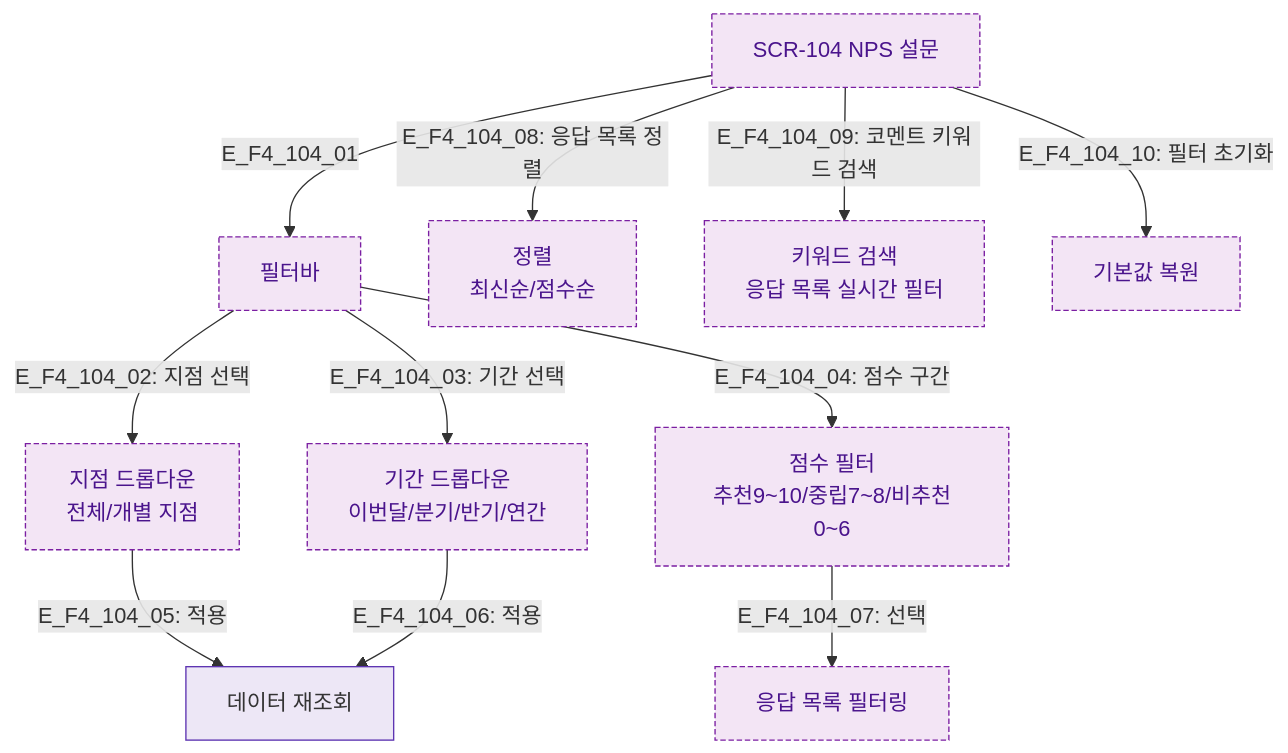
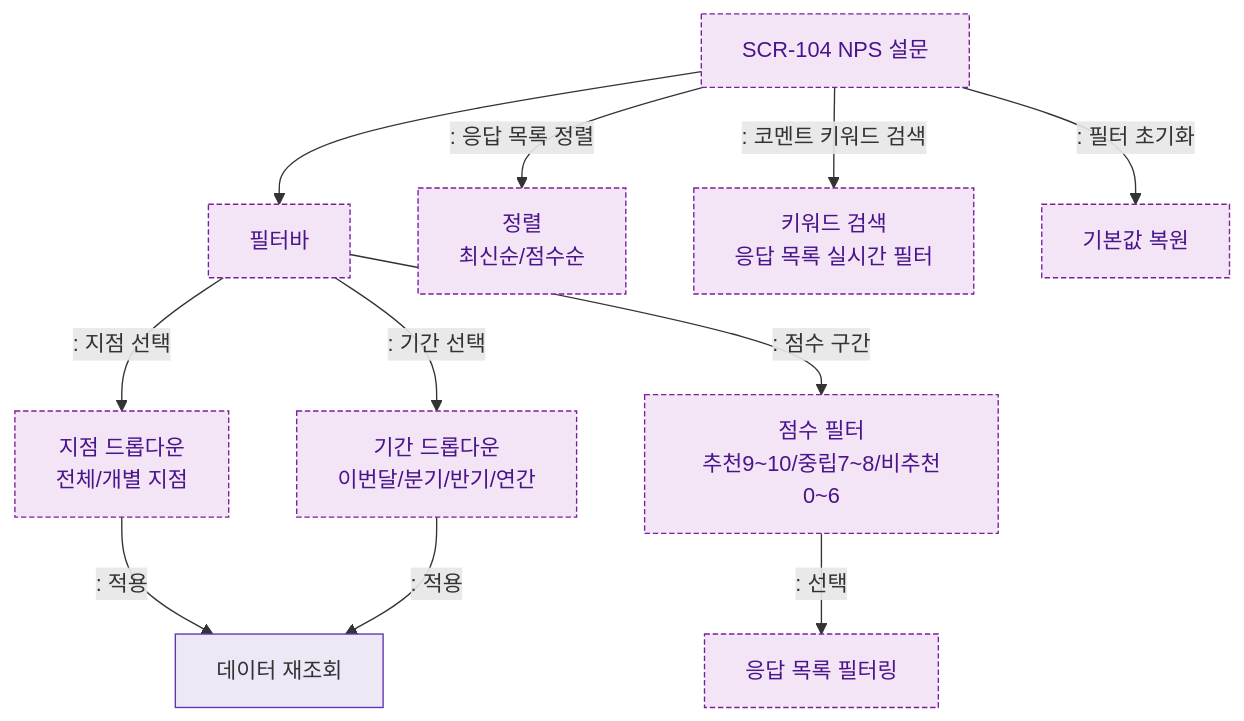
One commit to dev-spogym/admin-pando changed the diagram in docs/다이어그램/D10_본사관리/SCR-104_NPS설문/F4_필터검색정렬.md. Above: the diagram before and after it, drawn with Mermaid. The commit also changed other lines of this file and 1660 other files, not shown here.

First line of the commit message:
다이어그램: 기획자/클라이언트 납품본으로 정리

````diff
--- a/docs/다이어그램/D10_본사관리/SCR-104_NPS설문/F4_필터검색정렬.md
+++ b/docs/다이어그램/D10_본사관리/SCR-104_NPS설문/F4_필터검색정렬.md
@@ -14,24 +12,24 @@
 ```mermaid
 flowchart TD
     SCR104[SCR-104 NPS 설문]
 
-    SCR104 -->|E_F4_104_01| FilterBar[필터바]
-    FilterBar -->|"E_F4_104_02: 지점 선택"| BranchFilter[지점 드롭다운\n전체/개별 지점]
-    FilterBar -->|"E_F4_104_03: 기간 선택"| PeriodFilter[기간 드롭다운\n이번달/분기/반기/연간]
-    FilterBar -->|"E_F4_104_04: 점수 구간"| ScoreFilter[점수 필터\n추천9~10/중립7~8/비추천0~6]
+    SCR104 --> FilterBar[필터바]
+    FilterBar -->|": 지점 선택"|BranchFilter[지점 드롭다운\n전체/개별 지점]
+    FilterBar -->|": 기간 선택"|PeriodFilter[기간 드롭다운\n이번달/분기/반기/연간]
+    FilterBar -->|": 점수 구간"|ScoreFilter[점수 필터\n추천9~10/중립7~8/비추천0~6]
 
-    BranchFilter -->|"E_F4_104_05: 적용"| Reload[데이터 재조회]
-    PeriodFilter -->|"E_F4_104_06: 적용"| Reload
-    ScoreFilter -->|"E_F4_104_07: 선택"| ListFilter[응답 목록 필터링]
+    BranchFilter -->|": 적용"|Reload[데이터 재조회]
+    PeriodFilter -->|": 적용"|Reload
+    ScoreFilter -->|": 선택"|ListFilter[응답 목록 필터링]
 
-    SCR104 -->|"E_F4_104_08: 응답 목록 정렬"| SortList[정렬\n최신순/점수순]
-    SCR104 -->|"E_F4_104_09: 코멘트 키워드 검색"| SearchKeyword[키워드 검색\n응답 목록 실시간 필터]
-    SCR104 -->|"E_F4_104_10: 필터 초기화"| ResetFilter[기본값 복원]
+    SCR104 -->|": 응답 목록 정렬"|SortList[정렬\n최신순/점수순]
+    SCR104 -->|": 코멘트 키워드 검색"|SearchKeyword[키워드 검색\n응답 목록 실시간 필터]
+    SCR104 -->|": 필터 초기화"|ResetFilter[기본값 복원]
 
     classDef screen fill:#E3F2FD,stroke:#1976D2,color:#0D47A1
     classDef newFeature fill:#F3E5F5,stroke:#7B1FA2,color:#4A148C,stroke-dasharray:4 2
     classDef system fill:#EDE7F6,stroke:#5E35B2
     class SCR104 newFeature
     class FilterBar,BranchFilter,PeriodFilter,ScoreFilter,ListFilter,SortList,SearchKeyword,ResetFilter newFeature
     class Reload system
 ```
````
